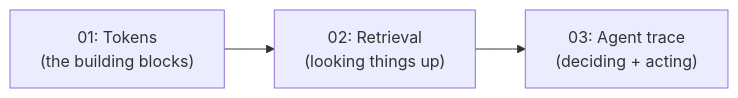
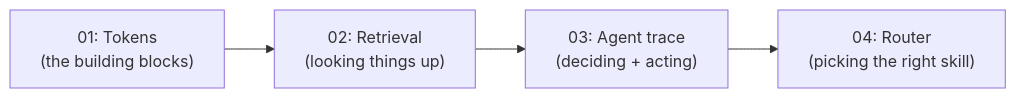
The diagram in README.md (khadir-syed/k-ai-basics), drawn with Mermaid before and after one commit. The commit also changed other lines of this file and 4 other files, not shown here.

````diff
--- a/README.md
+++ b/README.md
@@ -39,5 +43,6 @@
 ```mermaid
 flowchart LR
     A["01: Tokens\n(the building blocks)"] --> B["02: Retrieval\n(looking things up)"]
     B --> C["03: Agent trace\n(deciding + acting)"]
+    C --> D["04: Router\n(picking the right skill)"]
 ```
````
